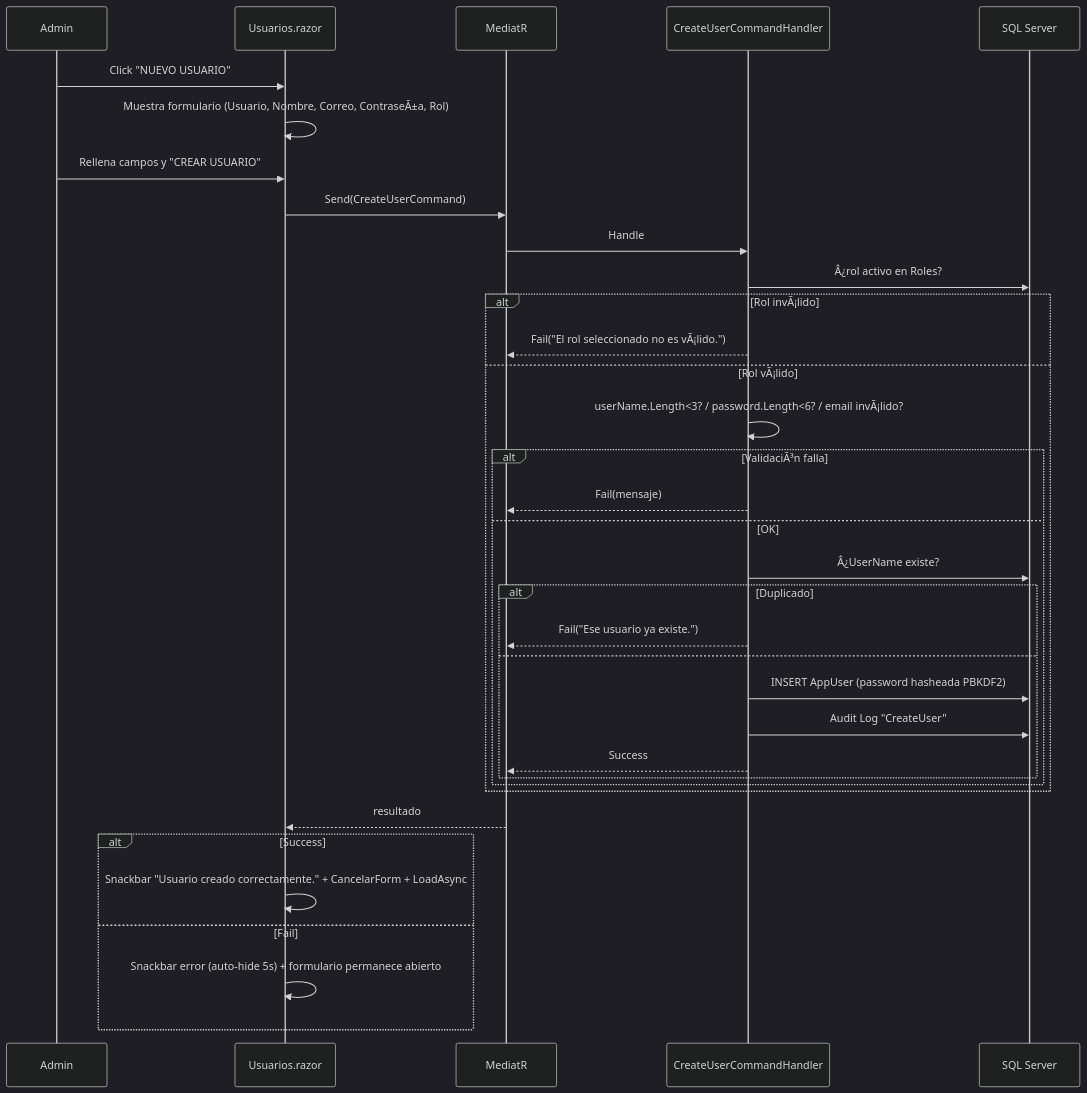
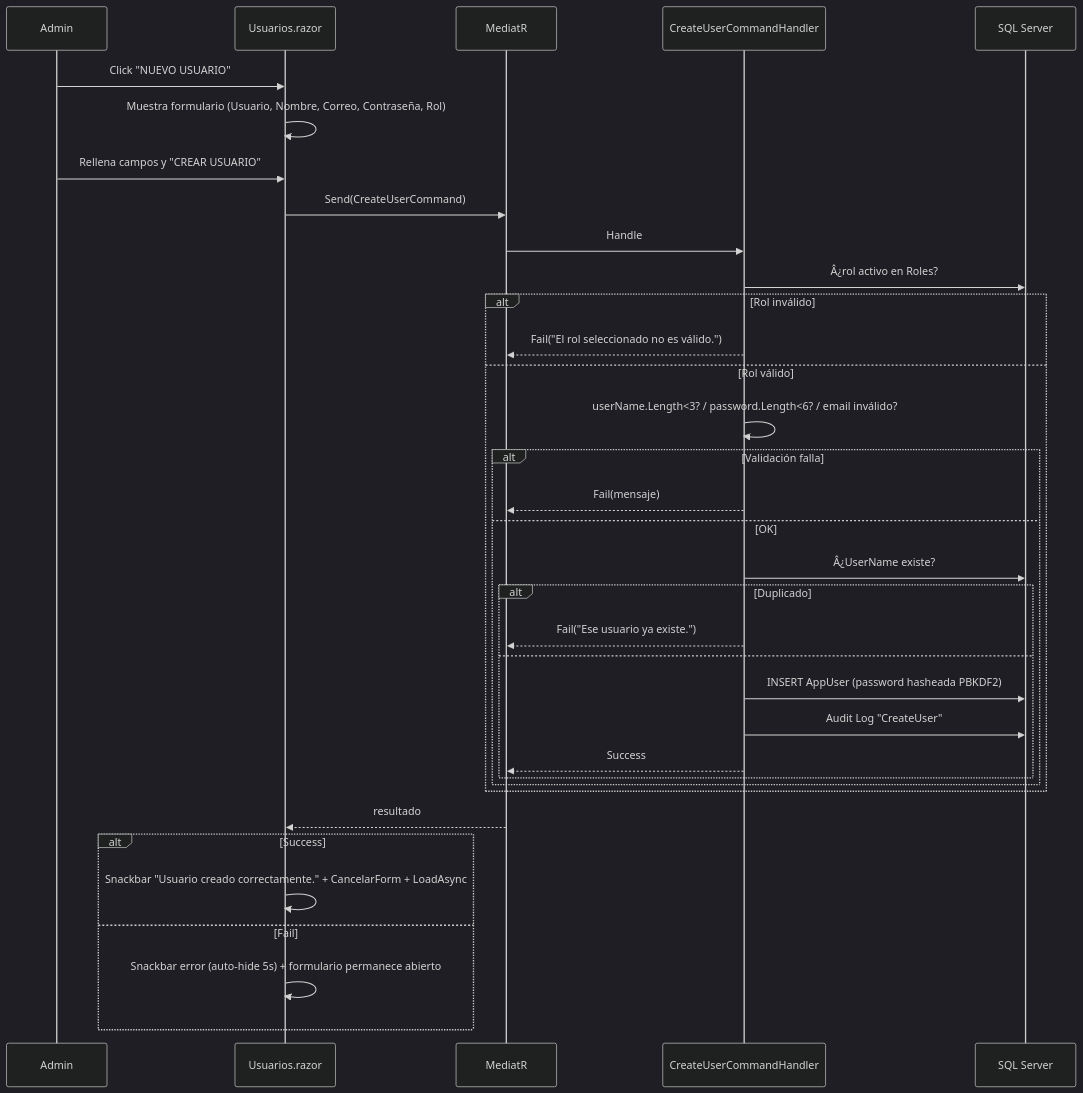
One commit to adrian-silva-uy/guarino changed the fourth of 11 diagrams in docs/diagramas.md. Above: the diagram before and after it, drawn with Mermaid (dark theme). The commit also changed other lines of this file and 21 other files, not shown here.

````diff
--- a/docs/diagramas.md
+++ b/docs/diagramas.md
@@ -119,38 +119,38 @@
 ```mermaid
 sequenceDiagram
     participant A as Admin
     participant P as Usuarios.razor
     participant M as MediatR
     participant H as CreateUserCommandHandler
     participant DB as SQL Server
 
     A->>P: Click "NUEVO USUARIO"
-    P->>P: Muestra formulario (Usuario, Nombre, Correo, ContraseÃ±a, Rol)
+    P->>P: Muestra formulario (Usuario, Nombre, Correo, Contraseña, Rol)
     A->>P: Rellena campos y "CREAR USUARIO"
     P->>M: Send(CreateUserCommand)
     M->>H: Handle
     H->>DB: Â¿rol activo en Roles?
-    alt Rol invÃ¡lido
-        H-->>M: Fail("El rol seleccionado no es vÃ¡lido.")
-    else Rol vÃ¡lido
-        H->>H: userName.Length<3? / password.Length<6? / email invÃ¡lido?
-        alt ValidaciÃ³n falla
+    alt Rol inválido
+        H-->>M: Fail("El rol seleccionado no es válido.")
+    else Rol válido
+        H->>H: userName.Length<3? / password.Length<6? / email inválido?
+        alt Validación falla
             H-->>M: Fail(mensaje)
         else OK
             H->>DB: Â¿UserName existe?
             alt Duplicado
                 H-->>M: Fail("Ese usuario ya existe.")
             else
                 H->>DB: INSERT AppUser (password hasheada PBKDF2)
                 H->>DB: Audit Log "CreateUser"
                 H-->>M: Success
             end
         end
     end
     M-->>P: resultado
     alt Success
         P->>P: Snackbar "Usuario creado correctamente." + CancelarForm + LoadAsync
     else Fail
         P->>P: Snackbar error (auto-hide 5s) + formulario permanece abierto
     end
 ```
````
